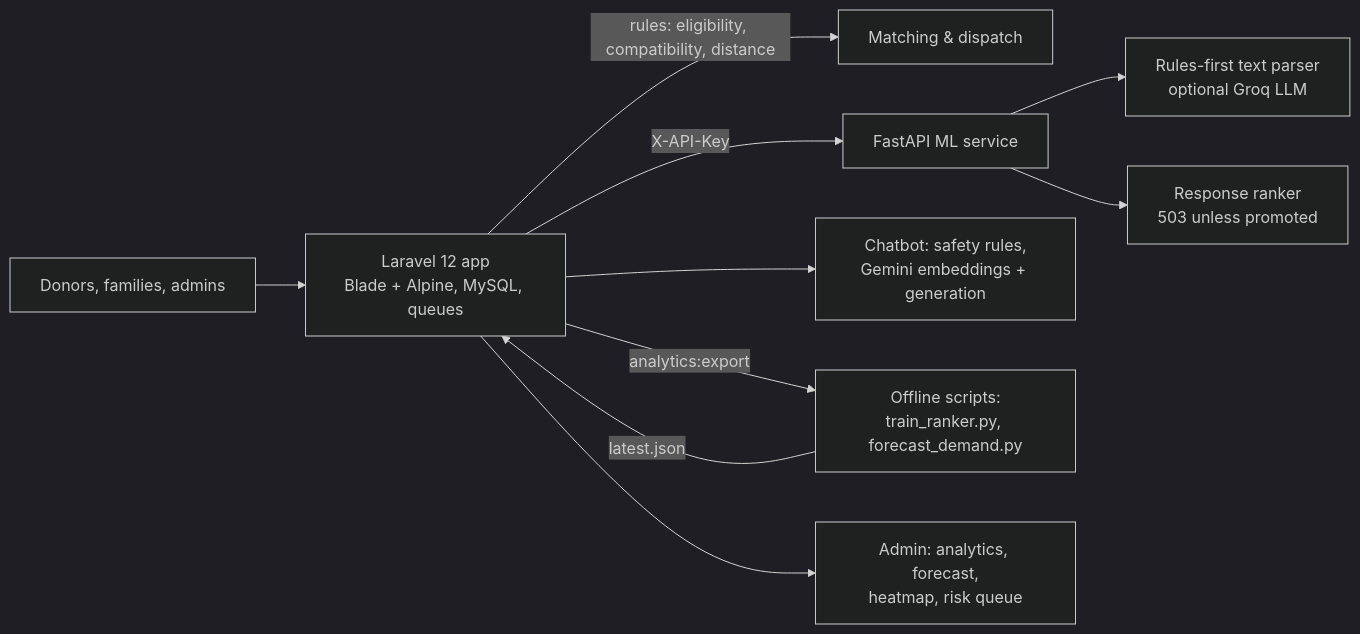
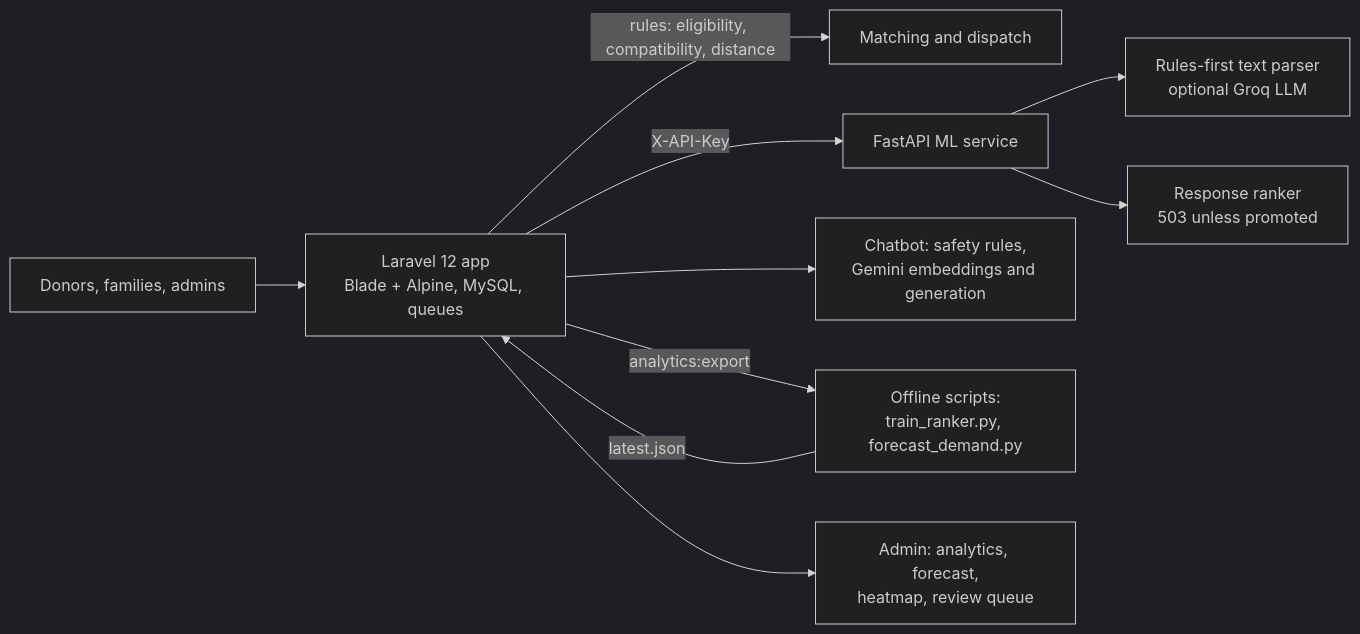
The diagram in README.md (jahidstm/RoktoDut---Blood-Donation-Platform), drawn with Mermaid (dark theme) before and after one commit. The commit also changed other lines of this file and 1 other file, not shown here.

First line of the commit message:
docs: rewrite the README and refresh the heatmap screenshot

````diff
--- a/README.md
+++ b/README.md
@@ -118,12 +127,12 @@
 ```mermaid
 flowchart LR
     U[Donors, families, admins] --> L[Laravel 12 app<br/>Blade + Alpine, MySQL, queues]
-    L -->|rules: eligibility, compatibility, distance| M[Matching & dispatch]
+    L -->|rules: eligibility, compatibility, distance| M[Matching and dispatch]
     L -->|X-API-Key| P[FastAPI ML service]
     P --> N[Rules-first text parser<br/>optional Groq LLM]
     P --> R[Response ranker<br/>503 unless promoted]
-    L --> C[Chatbot: safety rules,<br/>Gemini embeddings + generation]
+    L --> C[Chatbot: safety rules,<br/>Gemini embeddings and generation]
     L -->|analytics:export| F[Offline scripts:<br/>train_ranker.py, forecast_demand.py]
     F -->|latest.json| L
-    L --> A[Admin: analytics, forecast,<br/>heatmap, risk queue]
+    L --> A[Admin: analytics, forecast,<br/>heatmap, review queue]
 ```
````
